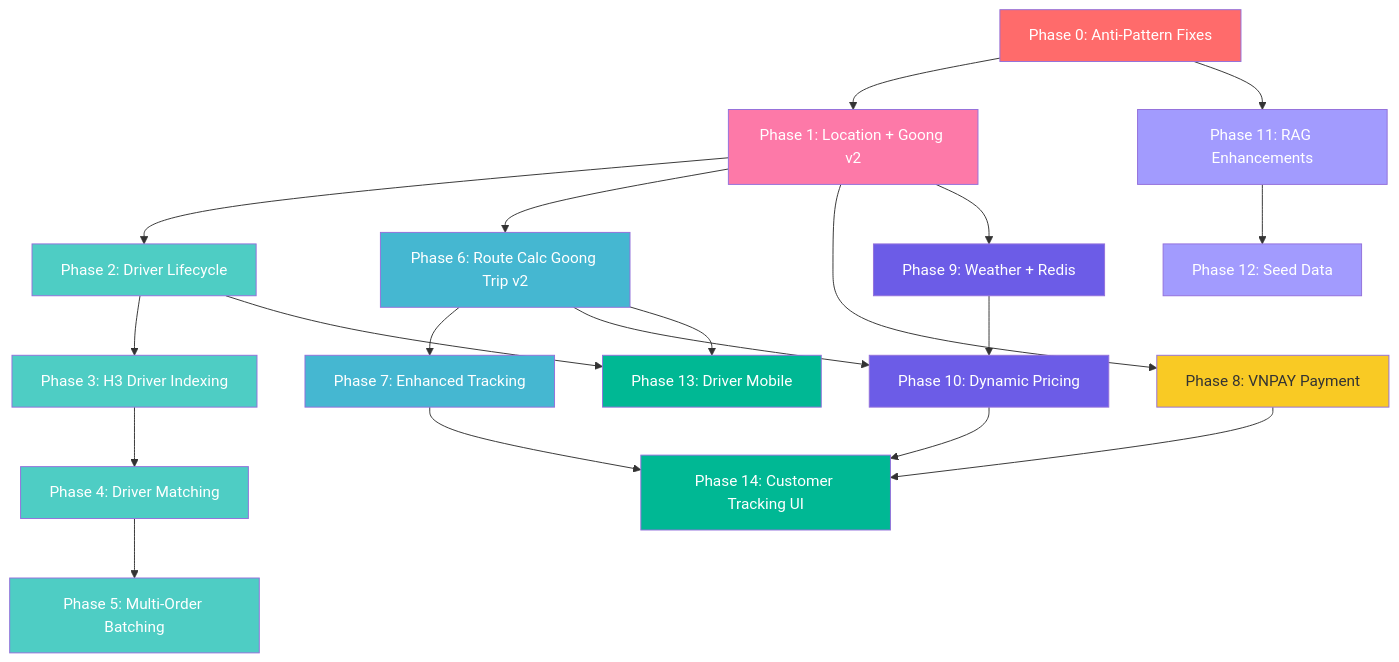
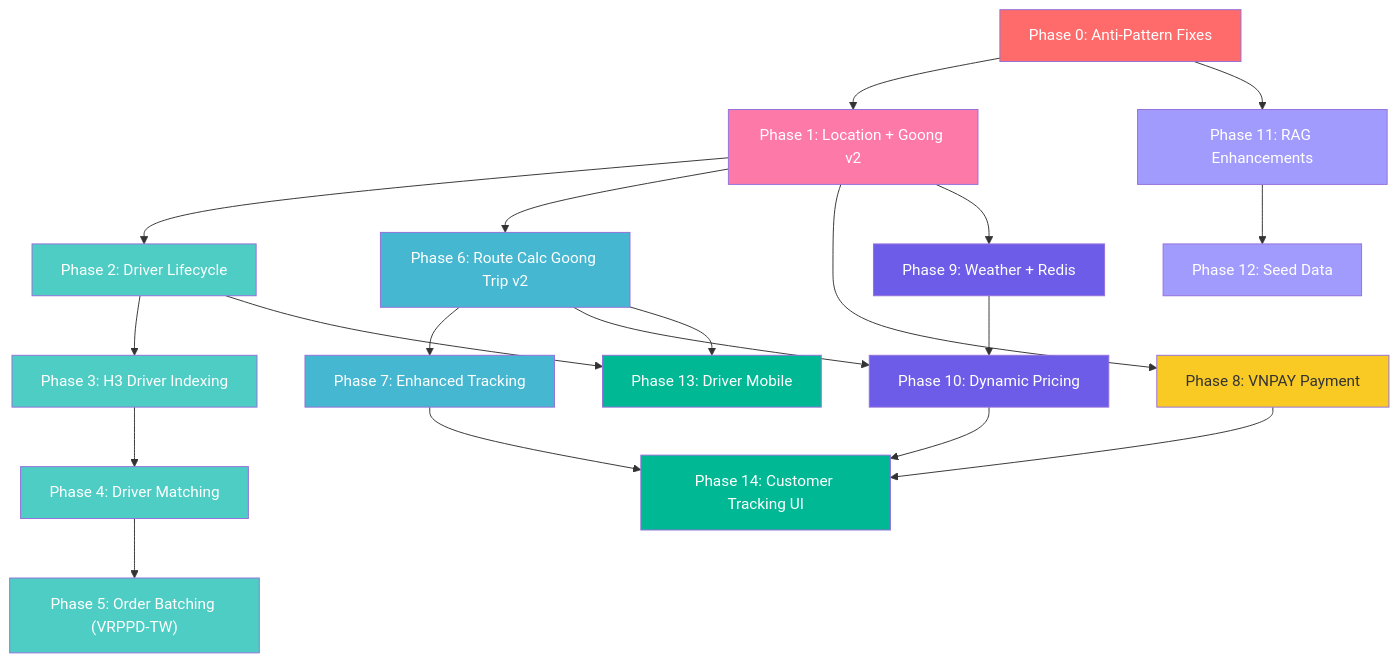
One commit to dieuxuanhien/foodya changed the second of 2 diagrams in docs/implementation_plan.md. Above: the diagram before and after it, drawn with Mermaid. The commit also changed other lines of this file and 1 other file, not shown here.

Commit message:
docs(implementation plan) update order batching docs

````diff
--- a/docs/implementation_plan.md
+++ b/docs/implementation_plan.md
@@ -1928,37 +1866,37 @@
 ```mermaid
 graph TD
     P0[Phase 0: Anti-Pattern Fixes] --> P1[Phase 1: Location + Goong v2]
     P0 --> P11[Phase 11: RAG Enhancements]
     P1 --> P2[Phase 2: Driver Lifecycle]
     P2 --> P3[Phase 3: H3 Driver Indexing]
     P3 --> P4[Phase 4: Driver Matching]
-    P4 --> P5[Phase 5: Multi-Order Batching]
+    P4 --> P5["Phase 5: Order Batching (VRPPD-TW)"]
     P1 --> P6[Phase 6: Route Calc Goong Trip v2]
     P6 --> P7[Phase 7: Enhanced Tracking]
     P1 --> P8[Phase 8: VNPAY Payment]
     P1 --> P9[Phase 9: Weather + Redis]
     P9 --> P10[Phase 10: Dynamic Pricing]
     P6 --> P10
     P11 --> P12[Phase 12: Seed Data]
     P2 --> P13[Phase 13: Driver Mobile]
     P6 --> P13
     P7 --> P14[Phase 14: Customer Tracking UI]
     P8 --> P14
     P10 --> P14
 
     style P0 fill:#ff6b6b,color:#fff
     style P1 fill:#fd79a8,color:#fff
     style P2 fill:#4ecdc4,color:#fff
     style P3 fill:#4ecdc4,color:#fff
     style P4 fill:#4ecdc4,color:#fff
     style P5 fill:#4ecdc4,color:#fff
     style P6 fill:#45b7d1,color:#fff
     style P7 fill:#45b7d1,color:#fff
     style P8 fill:#f9ca24,color:#333
     style P9 fill:#6c5ce7,color:#fff
     style P10 fill:#6c5ce7,color:#fff
     style P11 fill:#a29bfe,color:#fff
     style P12 fill:#a29bfe,color:#fff
     style P13 fill:#00b894,color:#fff
     style P14 fill:#00b894,color:#fff
 ```
````
